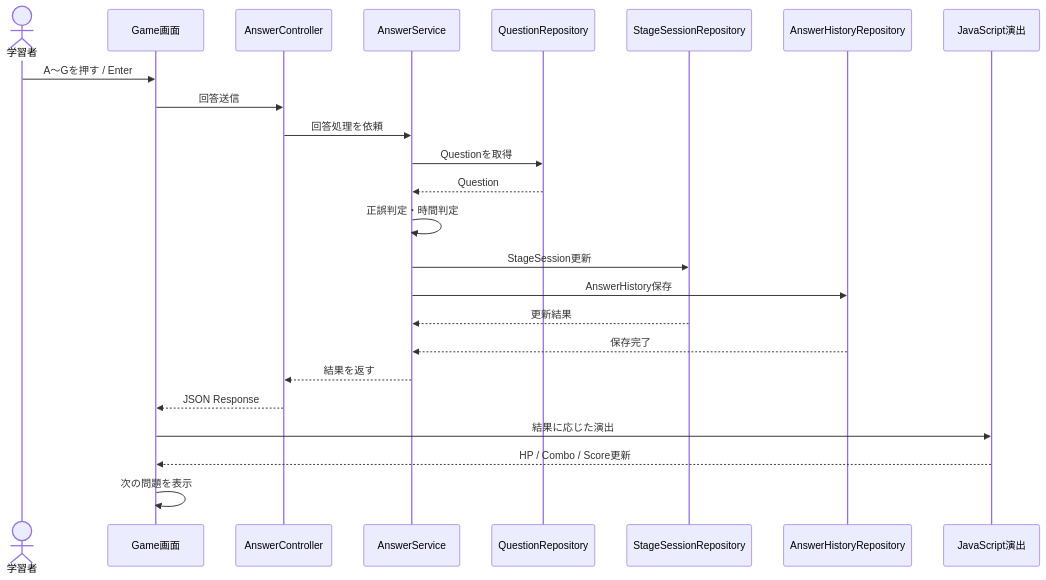
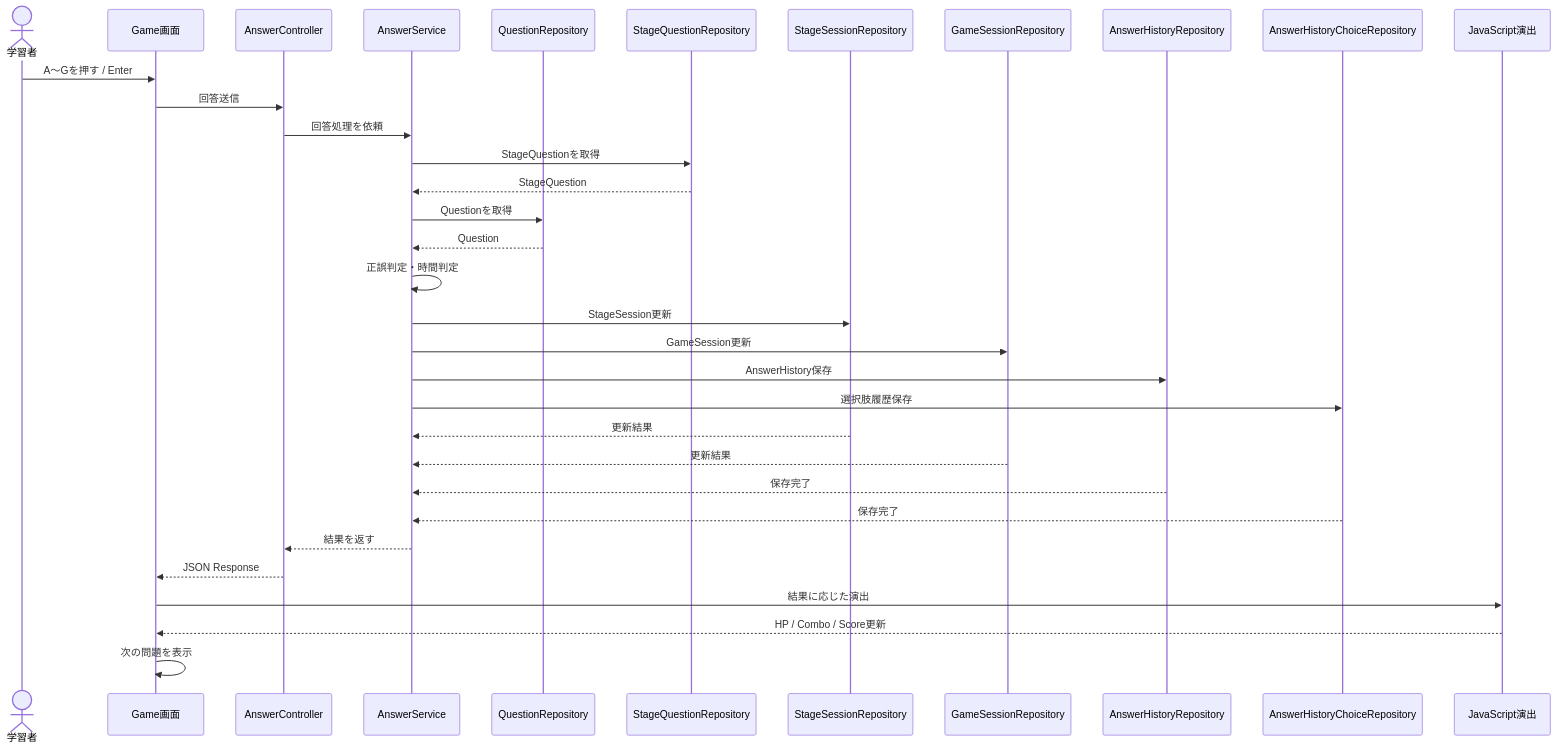
One commit to suu-dev-0203/graduation_JAVAgame changed diagram 18 of 26 in README.md. Above: the diagram before and after it, drawn with Mermaid. The commit also changed other lines of this file, not shown here.

````diff
--- a/README.md
+++ b/README.md
@@ -636,27 +636,36 @@
 ```mermaid
 sequenceDiagram
     actor User as 学習者
     participant UI as Game画面
     participant AC as AnswerController
     participant AS as AnswerService
     participant QR as QuestionRepository
+    participant SQR as StageQuestionRepository
     participant SR as StageSessionRepository
+    participant GR as GameSessionRepository
     participant HR as AnswerHistoryRepository
+    participant HCR as AnswerHistoryChoiceRepository
     participant JS as JavaScript演出
 
     User->>UI: A～Gを押す / Enter
     UI->>AC: 回答送信
     AC->>AS: 回答処理を依頼
+    AS->>SQR: StageQuestionを取得
+    SQR-->>AS: StageQuestion
     AS->>QR: Questionを取得
     QR-->>AS: Question
     AS->>AS: 正誤判定・時間判定
     AS->>SR: StageSession更新
+    AS->>GR: GameSession更新
     AS->>HR: AnswerHistory保存
+    AS->>HCR: 選択肢履歴保存
     SR-->>AS: 更新結果
+    GR-->>AS: 更新結果
     HR-->>AS: 保存完了
+    HCR-->>AS: 保存完了
     AS-->>AC: 結果を返す
     AC-->>UI: JSON Response
     UI->>JS: 結果に応じた演出
     JS-->>UI: HP / Combo / Score更新
     UI->>UI: 次の問題を表示
 ```
````
